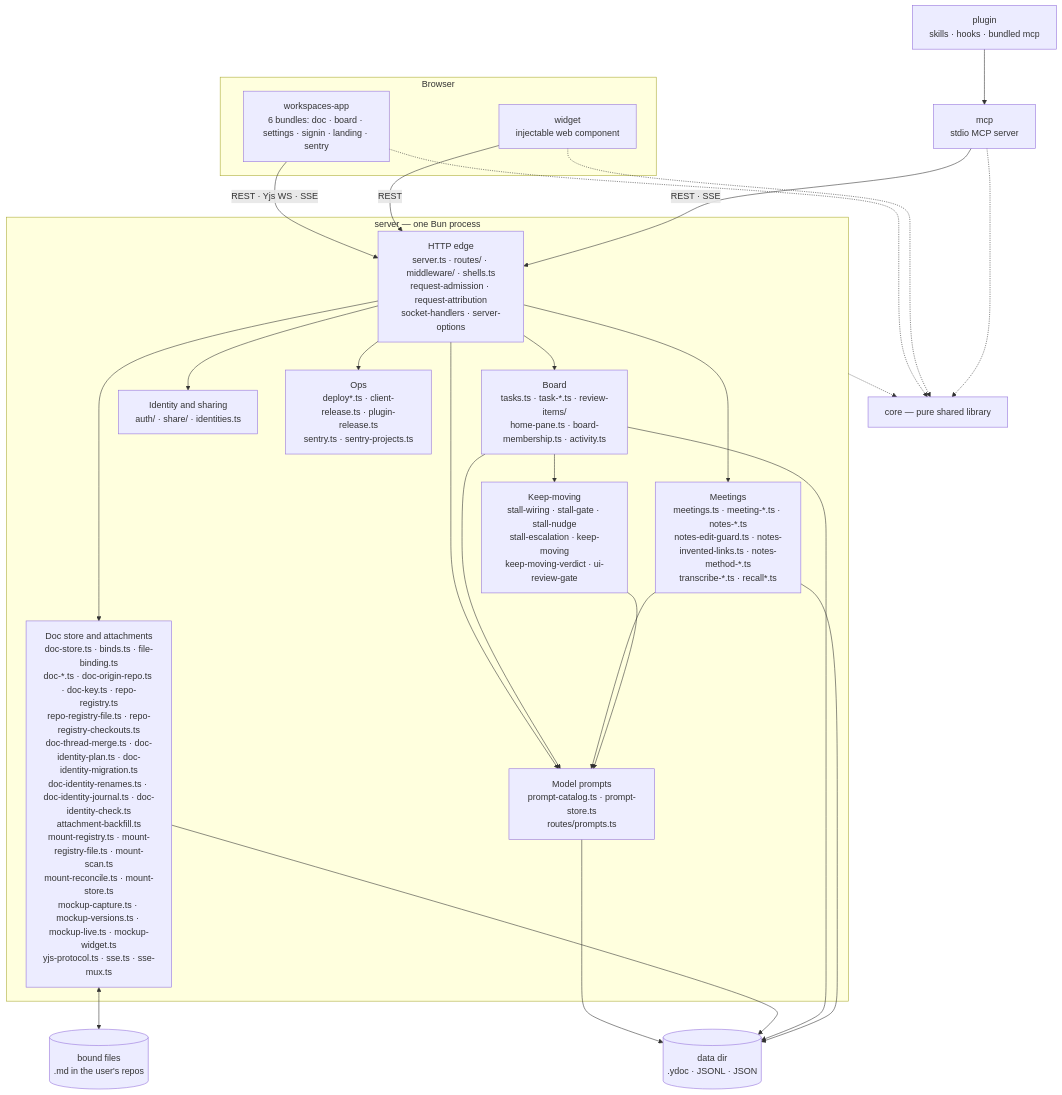
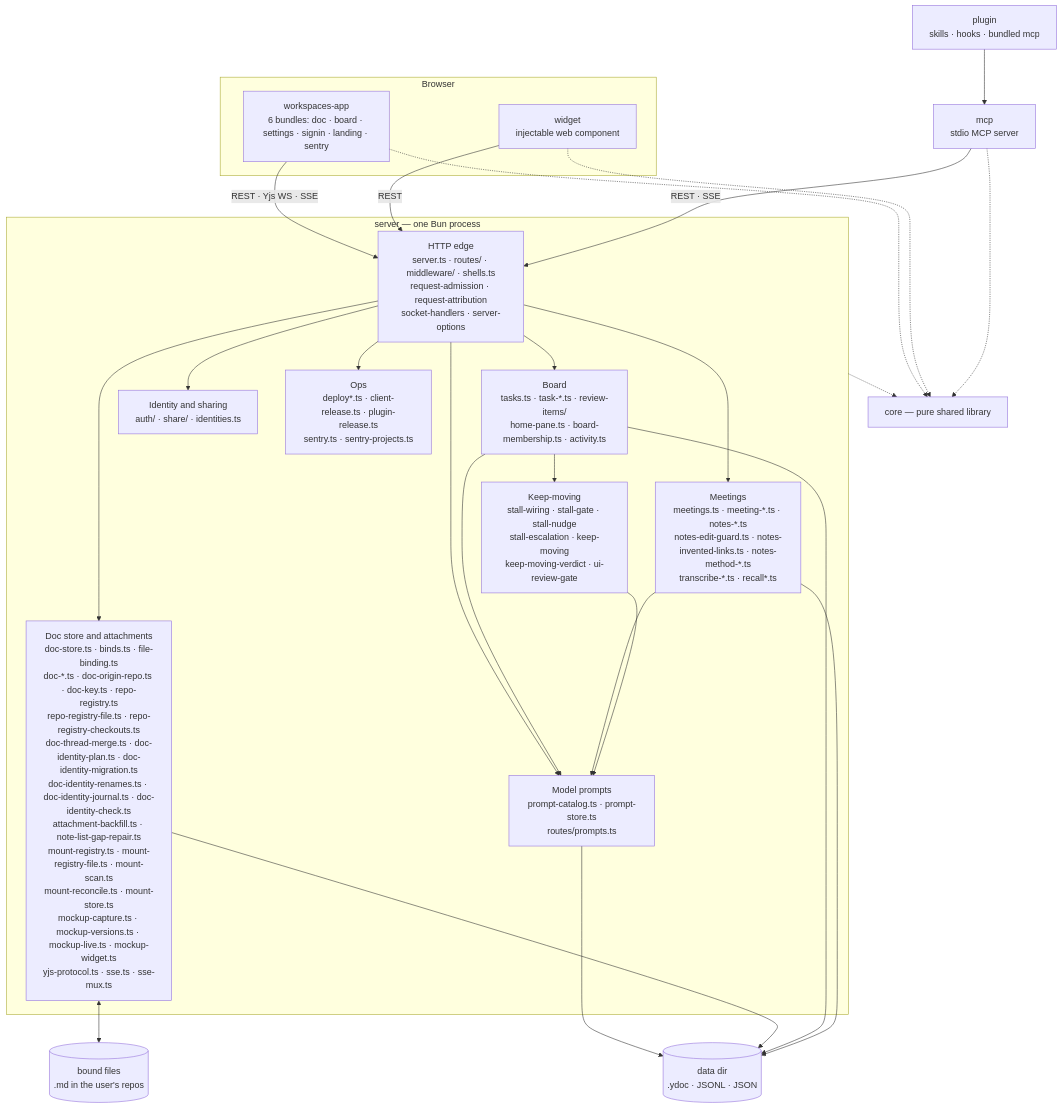
The first of 2 diagrams in docs/architecture/overview.md (fryanpan/claude-workspaces-plugin), drawn with Mermaid before and after one commit. The commit also changed other lines of this file and 7 other files, not shown here.

````diff
--- a/docs/architecture/overview.md
+++ b/docs/architecture/overview.md
@@ -45,35 +45,35 @@
 ```mermaid
 flowchart TB
   subgraph browser[Browser]
     app["workspaces-app<br/>6 bundles: doc · board · settings · signin · landing · sentry"]
     wid["widget<br/>injectable web component"]
   end
   plug["plugin<br/>skills · hooks · bundled mcp"]
   mcp["mcp<br/>stdio MCP server"]
   subgraph srv["server — one Bun process"]
     edge["HTTP edge<br/>server.ts · routes/ · middleware/ · shells.ts<br/>request-admission · request-attribution<br/>socket-handlers · server-options"]
-    docs["Doc store and attachments<br/>doc-store.ts · binds.ts · file-binding.ts<br/>doc-*.ts · doc-origin-repo.ts · doc-key.ts · repo-registry.ts<br/>repo-registry-file.ts · repo-registry-checkouts.ts<br/>doc-thread-merge.ts · doc-identity-plan.ts · doc-identity-migration.ts<br/>doc-identity-renames.ts · doc-identity-journal.ts · doc-identity-check.ts<br/>attachment-backfill.ts<br/>mount-registry.ts · mount-registry-file.ts · mount-scan.ts<br/>mount-reconcile.ts · mount-store.ts<br/>mockup-capture.ts · mockup-versions.ts · mockup-live.ts · mockup-widget.ts<br/>yjs-protocol.ts · sse.ts · sse-mux.ts"]
+    docs["Doc store and attachments<br/>doc-store.ts · binds.ts · file-binding.ts<br/>doc-*.ts · doc-origin-repo.ts · doc-key.ts · repo-registry.ts<br/>repo-registry-file.ts · repo-registry-checkouts.ts<br/>doc-thread-merge.ts · doc-identity-plan.ts · doc-identity-migration.ts<br/>doc-identity-renames.ts · doc-identity-journal.ts · doc-identity-check.ts<br/>attachment-backfill.ts · note-list-gap-repair.ts<br/>mount-registry.ts · mount-registry-file.ts · mount-scan.ts<br/>mount-reconcile.ts · mount-store.ts<br/>mockup-capture.ts · mockup-versions.ts · mockup-live.ts · mockup-widget.ts<br/>yjs-protocol.ts · sse.ts · sse-mux.ts"]
     board["Board<br/>tasks.ts · task-*.ts · review-items/<br/>home-pane.ts · board-membership.ts · activity.ts"]
     meet["Meetings<br/>meetings.ts · meeting-*.ts · notes-*.ts<br/>notes-edit-guard.ts · notes-invented-links.ts · notes-method-*.ts<br/>transcribe-*.ts · recall*.ts"]
     keep["Keep-moving<br/>stall-wiring · stall-gate · stall-nudge<br/>stall-escalation · keep-moving<br/>keep-moving-verdict · ui-review-gate"]
     ident["Identity and sharing<br/>auth/ · share/ · identities.ts"]
     prompts["Model prompts<br/>prompt-catalog.ts · prompt-store.ts<br/>routes/prompts.ts"]
     ops["Ops<br/>deploy*.ts · client-release.ts · plugin-release.ts<br/>sentry.ts · sentry-projects.ts"]
   end
   core["core — pure shared library"]
   disk[("data dir<br/>.ydoc · JSONL · JSON")]
   files[("bound files<br/>.md in the user's repos")]
 
   app -->|"REST · Yjs WS · SSE"| edge
   wid -->|REST| edge
   plug --> mcp
   mcp -->|"REST · SSE"| edge
   edge --> docs & board & meet & ident & ops & prompts
   board & meet & keep --> prompts
   prompts --> disk
   board --> keep
   docs <--> files
   docs & board & meet --> disk
   app & wid & mcp -.-> core
   srv -.-> core
 ```
````
